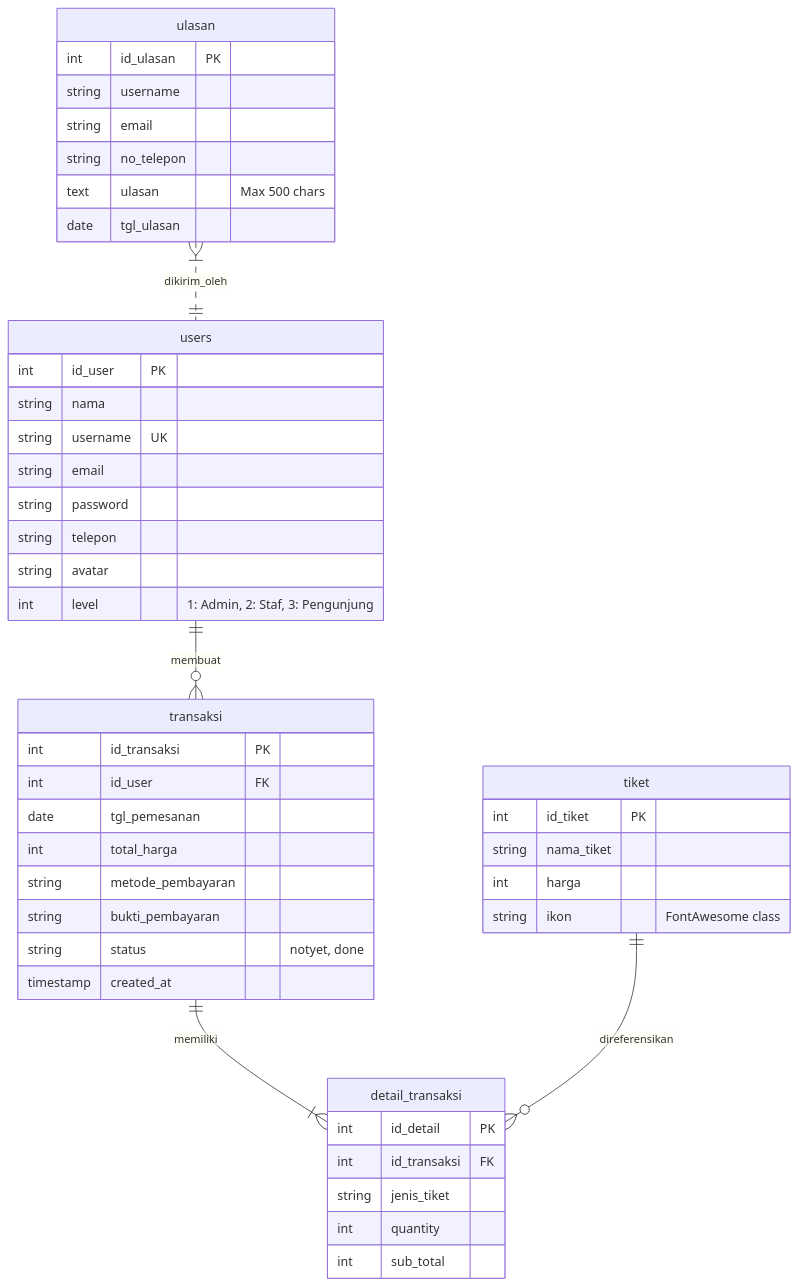
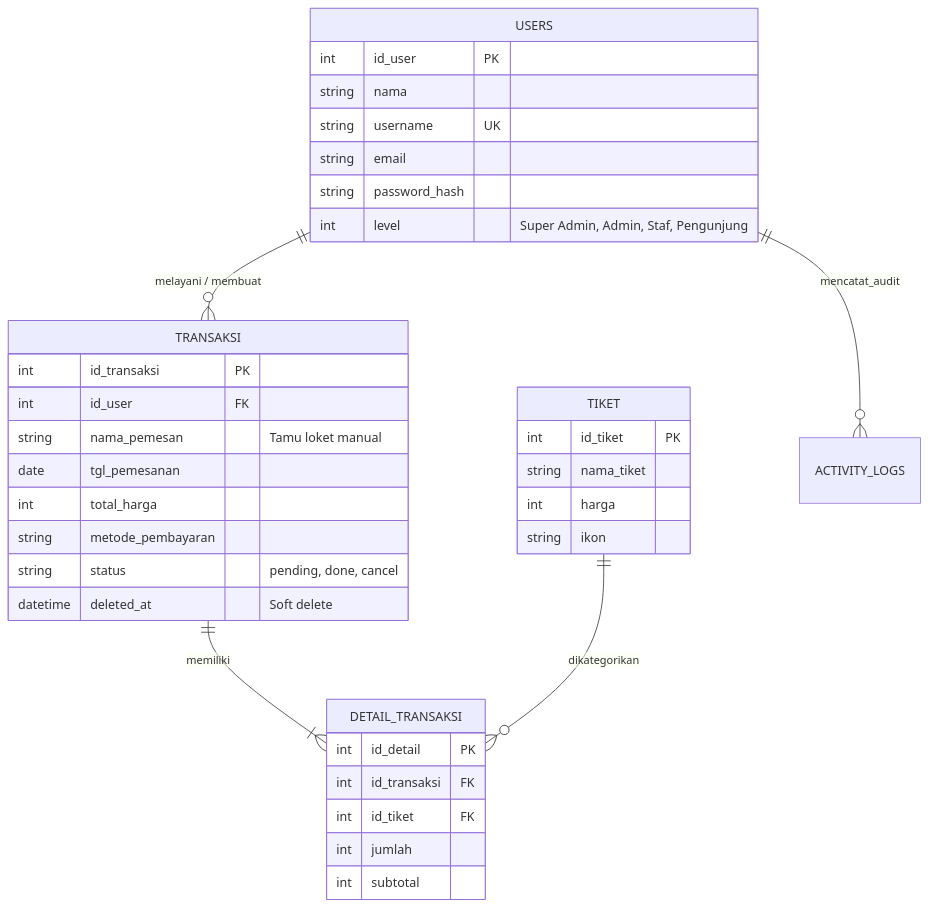
Before and after one commit to Aiyub150/company-profile-pemandian-patemon-jember: the second of 2 diagrams in README.md, drawn with Mermaid. The commit also changed other lines of this file, not shown here.

Commit message:
docs: overhaul project README with updated architecture diagram and comprehensive feature list

````diff
--- a/README.md
+++ b/README.md
@@ -82,53 +81,42 @@
 ```mermaid
 erDiagram
-    users ||--o{ transaksi : "membuat"
-    transaksi ||--|{ detail_transaksi : "memiliki"
-    tiket ||--o{ detail_transaksi : "direferensikan"
-    ulasan }|..|| users : "dikirim_oleh"
-
-    users {
+    USERS ||--o{ TRANSAKSI : "melayani / membuat"
+    TRANSAKSI ||--|{ DETAIL_TRANSAKSI : "memiliki"
+    TIKET ||--o{ DETAIL_TRANSAKSI : "dikategorikan"
+    USERS ||--o{ ACTIVITY_LOGS : "mencatat_audit"
+    
+    USERS {
         int id_user PK
         string nama
         string username UK
         string email
-        string password
-        string telepon
-        string avatar
-        int level "1: Admin, 2: Staf, 3: Pengunjung"
+        string password_hash
+        int level "Super Admin, Admin, Staf, Pengunjung"
     }
 
-    tiket {
+    TIKET {
         int id_tiket PK
         string nama_tiket
         int harga
-        string ikon "FontAwesome class"
+        string ikon
     }
 
-    transaksi {
+    TRANSAKSI {
         int id_transaksi PK
         int id_user FK
+        string nama_pemesan "Tamu loket manual"
         date tgl_pemesanan
         int total_harga
         string metode_pembayaran
-        string bukti_pembayaran
-        string status "notyet, done"
-        timestamp created_at
+        string status "pending, done, cancel"
+        datetime deleted_at "Soft delete"
     }
 
-    detail_transaksi {
+    DETAIL_TRANSAKSI {
         int id_detail PK
         int id_transaksi FK
-        string jenis_tiket
-        int quantity
-        int sub_total
-    }
-
-    ulasan {
-        int id_ulasan PK
-        string username
-        string email
-        string no_telepon
-        text ulasan "Max 500 chars"
-        date tgl_ulasan
+        int id_tiket FK
+        int jumlah
+        int subtotal
     }
 ```
````
